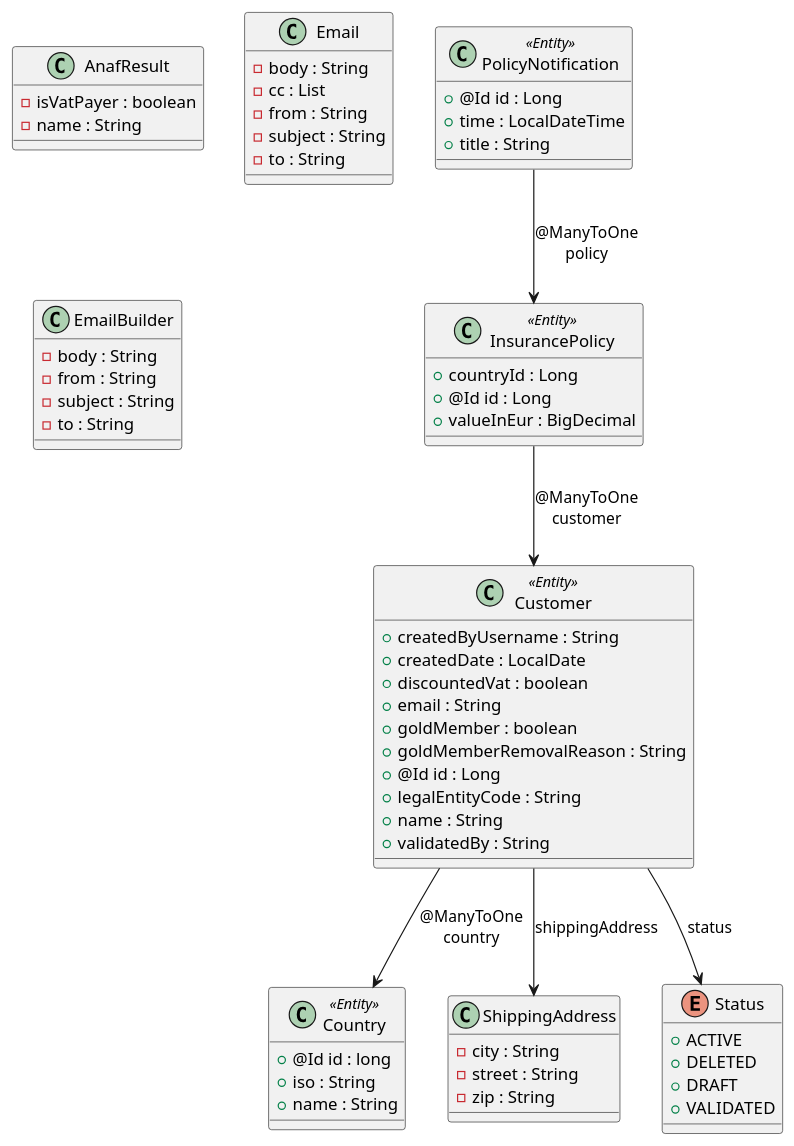
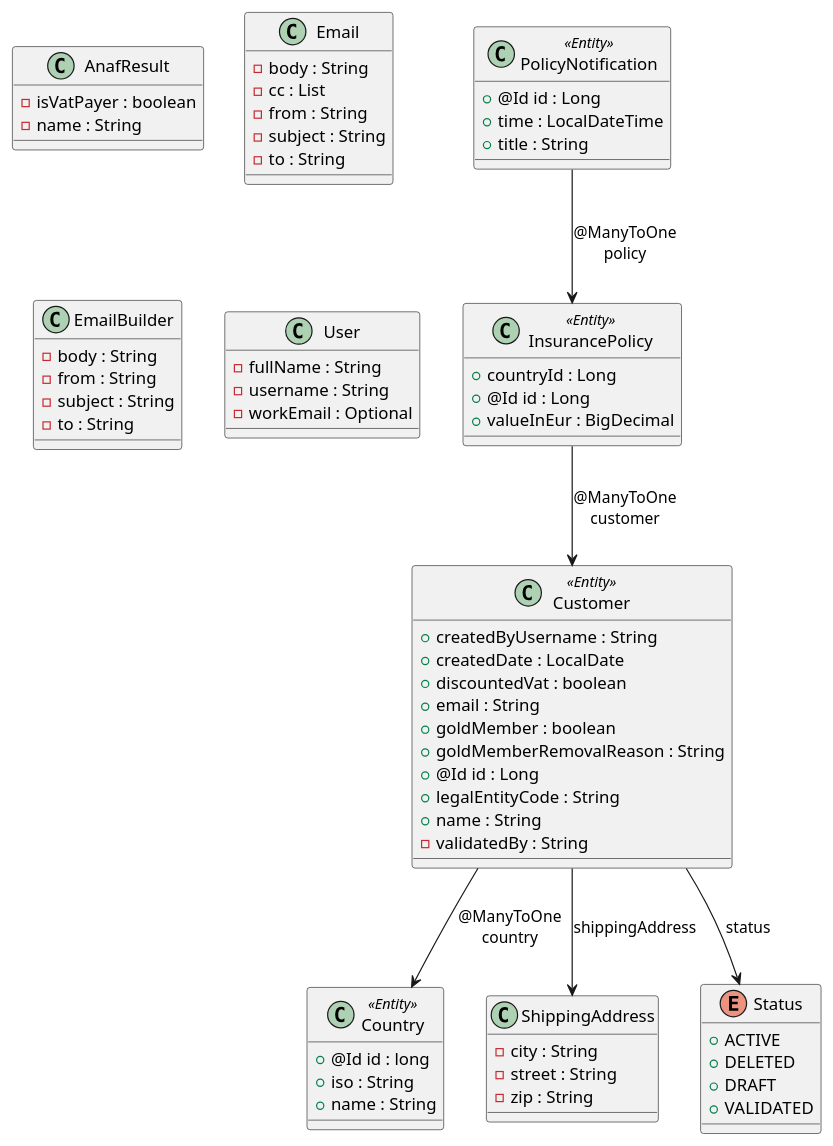
Before and after one commit to victorrentea/clean-architecture: the diagram in clean-application/domain.puml, drawn with PlantUML. The commit also changed 20 other files, not shown here.

```diff
--- a/clean-application/domain.puml
+++ b/clean-application/domain.puml
@@ -1,85 +1,92 @@
 @startuml
 
 class AnafResult {
 	{field} -isVatPayer : boolean
 	{field} -name : String
 }
 
 
 class Country <<Entity>>  {
 	{field} +@Id id : long
 	{field} +iso : String
 	{field} +name : String
 }
 
 
 class Customer <<Entity>>  {
 	{field} +createdByUsername : String
 	{field} +createdDate : LocalDate
 	{field} +discountedVat : boolean
 	{field} +email : String
 	{field} +goldMember : boolean
 	{field} +goldMemberRemovalReason : String
 	{field} +@Id id : Long
 	{field} +legalEntityCode : String
 	{field} +name : String
-	{field} +validatedBy : String
+	{field} -validatedBy : String
 }
 
 
 class Email {
 	{field} -body : String
 	{field} -cc : List
 	{field} -from : String
 	{field} -subject : String
 	{field} -to : String
 }
 
 
 class EmailBuilder {
 	{field} -body : String
 	{field} -from : String
 	{field} -subject : String
 	{field} -to : String
 }
 
 
 class InsurancePolicy <<Entity>>  {
 	{field} +countryId : Long
 	{field} +@Id id : Long
 	{field} +valueInEur : BigDecimal
 }
 
 
 class PolicyNotification <<Entity>>  {
 	{field} +@Id id : Long
 	{field} +time : LocalDateTime
 	{field} +title : String
 }
 
 
 class ShippingAddress {
 	{field} -city : String
 	{field} -street : String
 	{field} -zip : String
 }
 
 
 enum Status {
 	{field} +ACTIVE
 	{field} +DELETED
 	{field} +DRAFT
 	{field} +VALIDATED
 }
 
 
+class User {
+	{field} -fullName : String
+	{field} -username : String
+	{field} -workEmail : Optional
+}
+
+
 
 
 Customer -->  Country :  @ManyToOne\ncountry
 Customer -->  ShippingAddress : shippingAddress
 Customer -->  Status : status
 InsurancePolicy -->  Customer :  @ManyToOne\ncustomer
 PolicyNotification -->  InsurancePolicy :  @ManyToOne\npolicy
 
 
 @enduml
```
